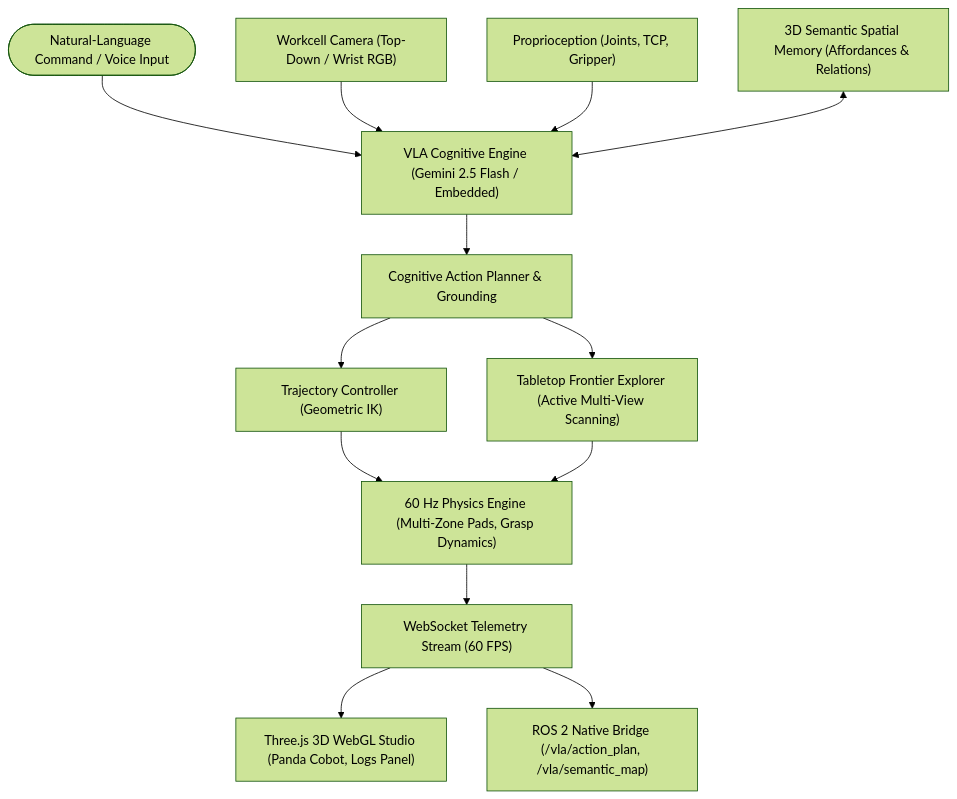
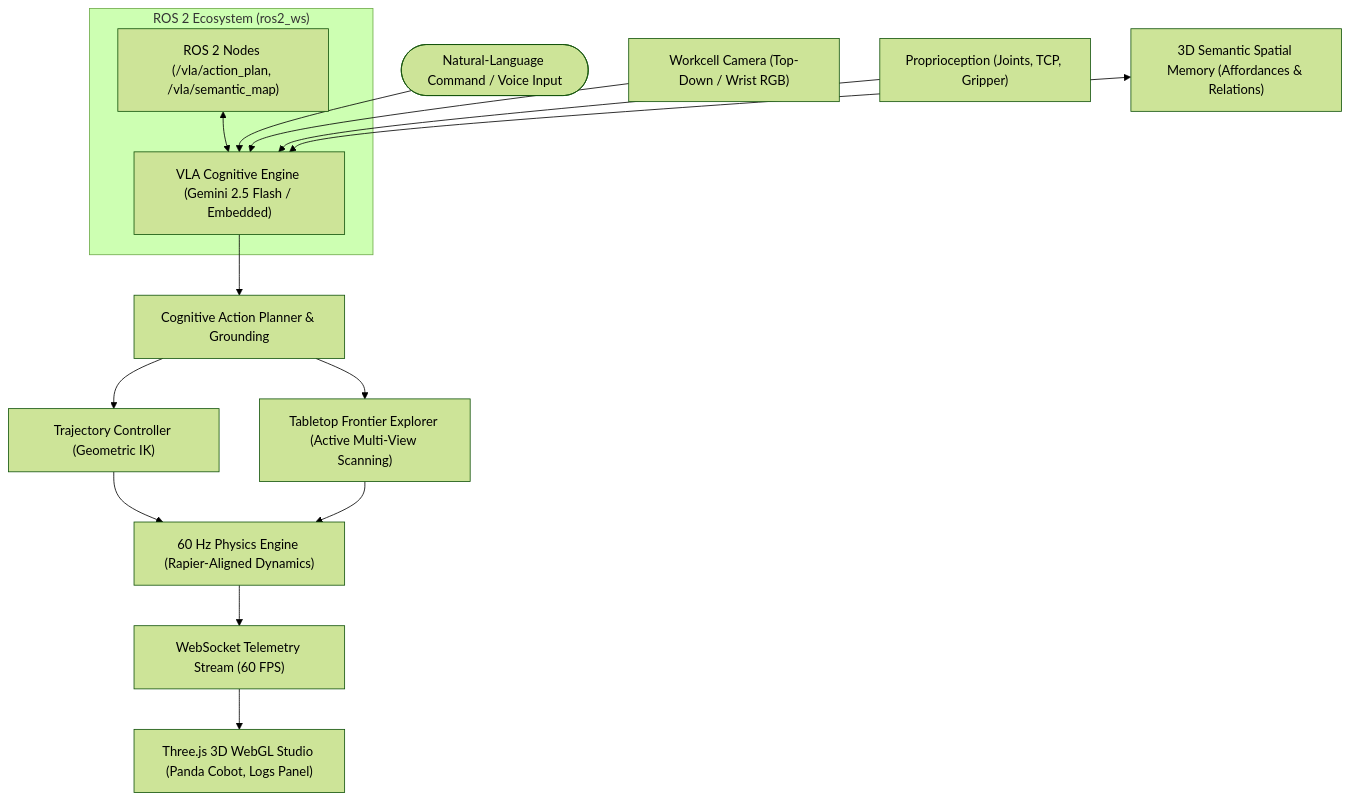
Before and after one commit to incheif/Aero: the diagram in README.md, drawn with Mermaid (forest theme). The commit also changed other lines of this file and 2 other files, not shown here.

Commit message:
docs: clarify physics simulation architecture and remove brain designation for Google VLA

````diff
--- a/README.md
+++ b/README.md
@@ -58,18 +58,21 @@
 ```mermaid
 graph TD
-    User(["Natural-Language Command / Voice Input"]) --> Brain["VLA Cognitive Engine (Gemini 2.5 Flash / Embedded)"]
-    Camera["Workcell Camera (Top-Down / Wrist RGB)"] --> Brain
-    State["Proprioception (Joints, TCP, Gripper)"] --> Brain
-    Semantic["3D Semantic Spatial Memory (Affordances & Relations)"] <--> Brain
+    User(["Natural-Language Command / Voice Input"]) --> VLAEngine["VLA Cognitive Engine (Gemini 2.5 Flash / Embedded)"]
+    Camera["Workcell Camera (Top-Down / Wrist RGB)"] --> VLAEngine
+    State["Proprioception (Joints, TCP, Gripper)"] --> VLAEngine
+    Semantic["3D Semantic Spatial Memory (Affordances & Relations)"] <--> VLAEngine
 
-    Brain --> Decomposer["Cognitive Action Planner & Grounding"]
+    VLAEngine --> Decomposer["Cognitive Action Planner & Grounding"]
     Decomposer --> TrajectoryCtrl["Trajectory Controller (Geometric IK)"]
     Decomposer --> Explorer["Tabletop Frontier Explorer (Active Multi-View Scanning)"]
 
-    TrajectoryCtrl --> Sim["60 Hz Physics Engine (Multi-Zone Pads, Grasp Dynamics)"]
+    TrajectoryCtrl --> Sim["60 Hz Physics Engine (Rapier-Aligned Dynamics)"]
     Explorer --> Sim
 
     Sim --> Telemetry["WebSocket Telemetry Stream (60 FPS)"]
     Telemetry --> ThreeJS["Three.js 3D WebGL Studio (Panda Cobot, Logs Panel)"]
-    Telemetry --> ROS2["ROS 2 Native Bridge (/vla/action_plan, /vla/semantic_map)"]
+
+    subgraph ROS2_Ecosystem["ROS 2 Ecosystem (ros2_ws)"]
+        ROS2_Nodes["ROS 2 Nodes (/vla/action_plan, /vla/semantic_map)"] <--> VLAEngine
+    end
 ```
````
